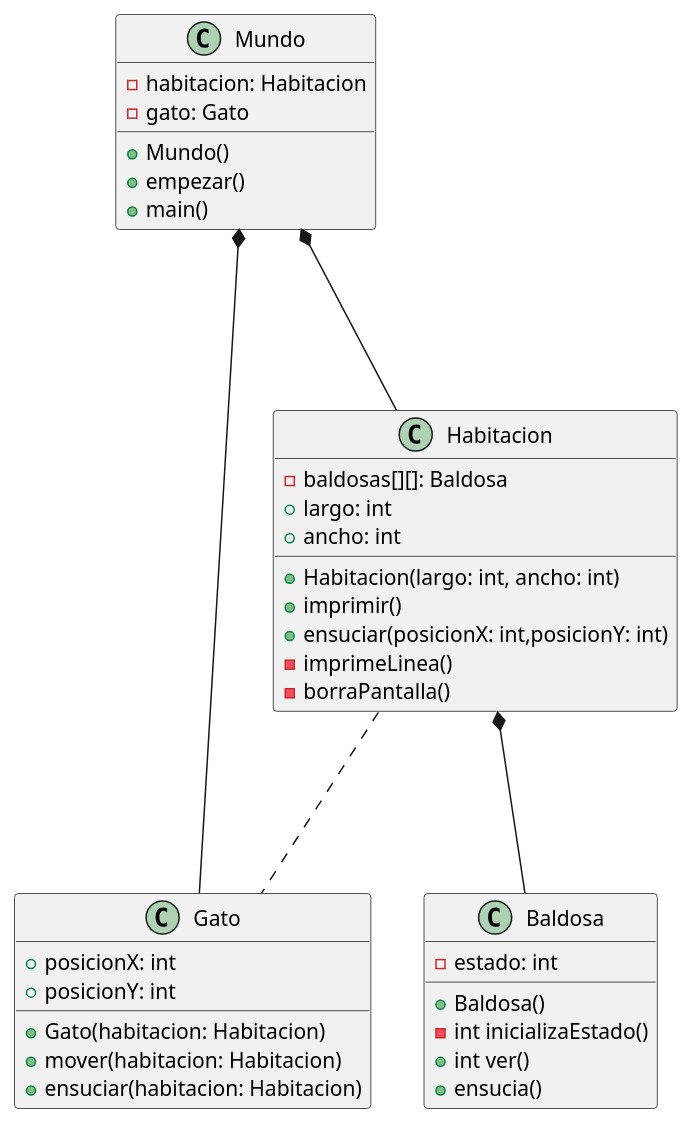
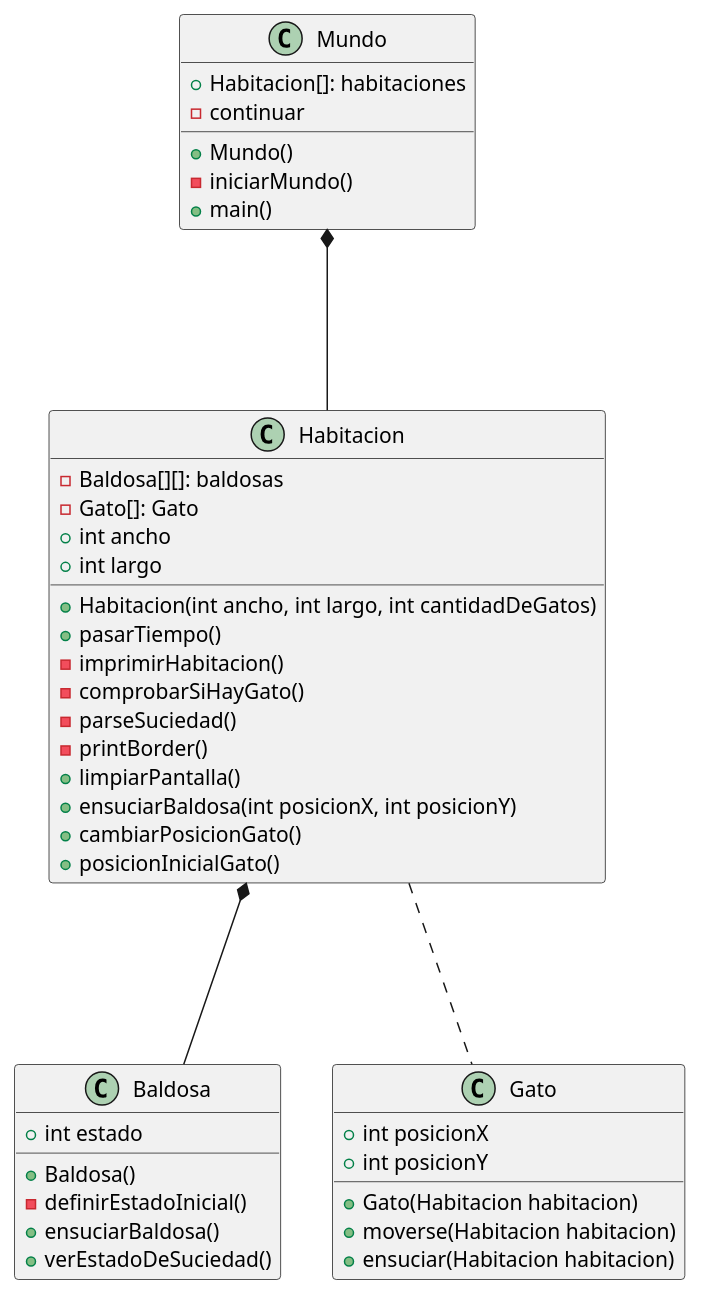
Before and after one commit to mmasias/theWorld: the diagram in modelosUML/diagrama001.puml, drawn with PlantUML. The commit also changed 4 other files, not shown here.

```diff
--- a/modelosUML/diagrama001.puml
+++ b/modelosUML/diagrama001.puml
@@ -1,43 +1,50 @@
 @startuml
 
 class Mundo{
-    - habitacion: Habitacion
-    - gato: Gato 
+    + Habitacion[]: habitaciones
     + Mundo()
-    + empezar()
+    - iniciarMundo()
+    - continuar
     + main()
 }
 
 class Habitacion {
-    - baldosas[][]: Baldosa
-    + largo: int
-    + ancho: int
-    +Habitacion(largo: int, ancho: int)
-    +imprimir()
-    +ensuciar(posicionX: int,posicionY: int)
-    -imprimeLinea()
-    -borraPantalla()
+    - Baldosa[][]: baldosas
+    - Gato[]: Gato
+    + int ancho
+    + int largo
+    + Habitacion(int ancho, int largo, int cantidadDeGatos)
+    + pasarTiempo()
+    - imprimirHabitacion()
+    - comprobarSiHayGato()
+    - parseSuciedad()
+    - printBorder()
+    + limpiarPantalla()
+    + ensuciarBaldosa(int posicionX, int posicionY)
+    + cambiarPosicionGato()
+    + posicionInicialGato()
 }
 
 class Baldosa{
-    - estado: int
+    + int estado
     + Baldosa()
-    - int inicializaEstado()
-    + int ver()
-    + ensucia()
+    - definirEstadoInicial()
+    + ensuciarBaldosa()
+    + verEstadoDeSuciedad()
 }
 
 class Gato{
-    + posicionX: int
-    + posicionY: int
-    + Gato(habitacion: Habitacion)
-    + mover(habitacion: Habitacion)
-    + ensuciar(habitacion: Habitacion)
+    + int posicionX
+    + int posicionY
+    + Gato(Habitacion habitacion)
+    + moverse(Habitacion habitacion)
+    + ensuciar(Habitacion habitacion)
+
 }
 
 Mundo *-D-- Habitacion
-Mundo *-R--- Gato
+
 Habitacion *-D-- Baldosa 
 Habitacion ... Gato
 
 @enduml
```
